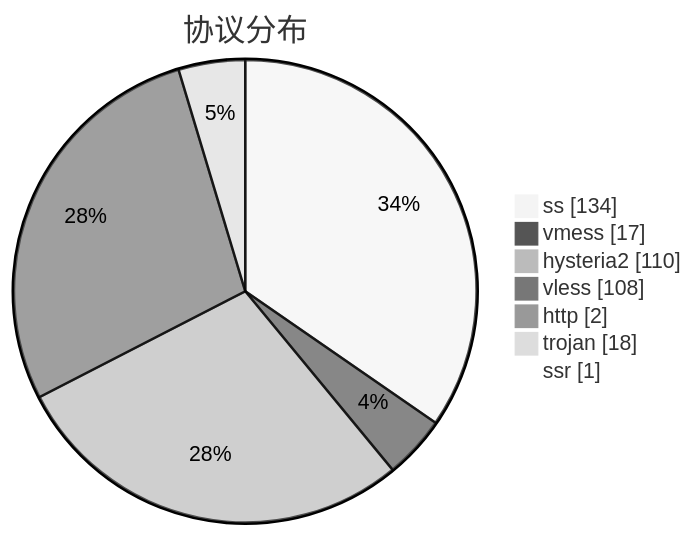
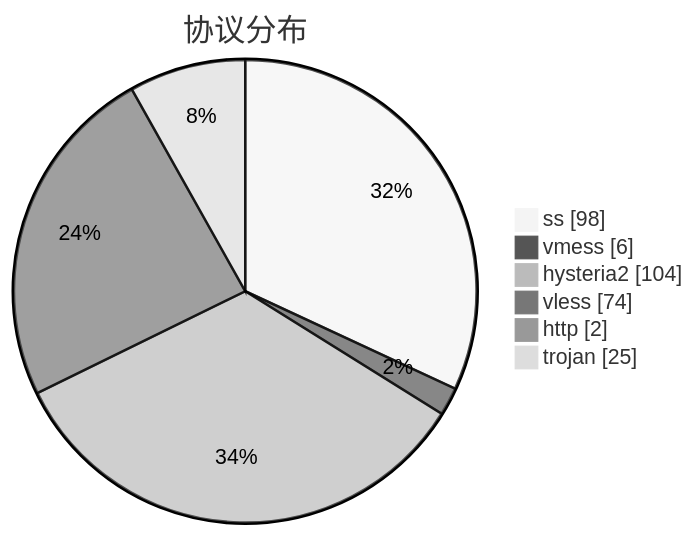
The third of 3 diagrams in subs/statistics/tested_within.md (sinspired/airport), drawn with Mermaid (neutral theme) before and after one commit. The commit also changed other lines of this file and 2 other files, not shown here.

````diff
--- a/subs/statistics/tested_within.md
+++ b/subs/statistics/tested_within.md
@@ -42,11 +38,10 @@
 ```mermaid
 pie showData
 title 协议分布
-"ss" : 134
-"vmess" : 17
-"hysteria2" : 110
-"vless" : 108
+"ss" : 98
+"vmess" : 6
+"hysteria2" : 104
+"vless" : 74
 "http" : 2
-"trojan" : 18
-"ssr" : 1
+"trojan" : 25
 ```
````
